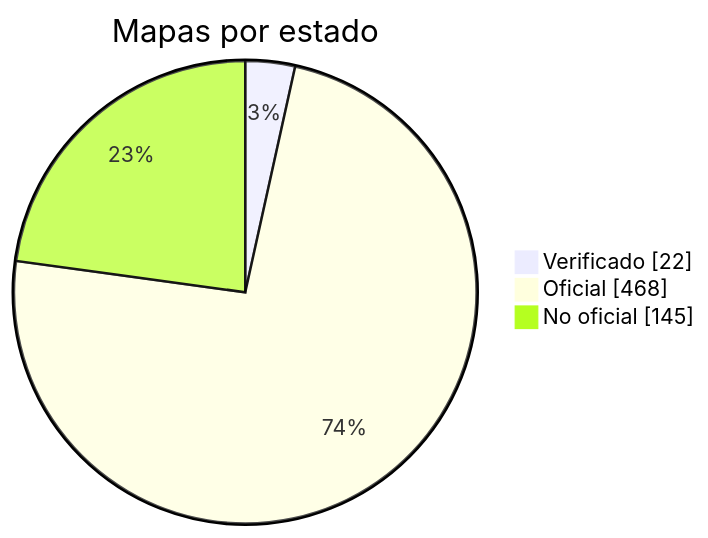
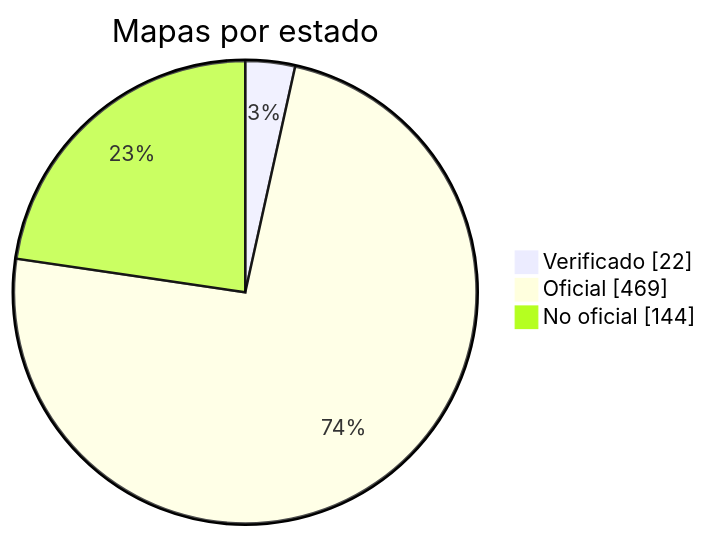
Before and after one commit to nobrega8/mbmap-library: the diagram in docs/readme/README_ES.md, drawn with Mermaid. The commit also changed 6 other files, not shown here.

````diff
--- a/docs/readme/README_ES.md
+++ b/docs/readme/README_ES.md
@@ -54,7 +54,7 @@
 ```mermaid
 pie showData
     title Mapas por estado
     "Verificado" : 22
-    "Oficial" : 468
-    "No oficial" : 145
+    "Oficial" : 469
+    "No oficial" : 144
 ```
````
